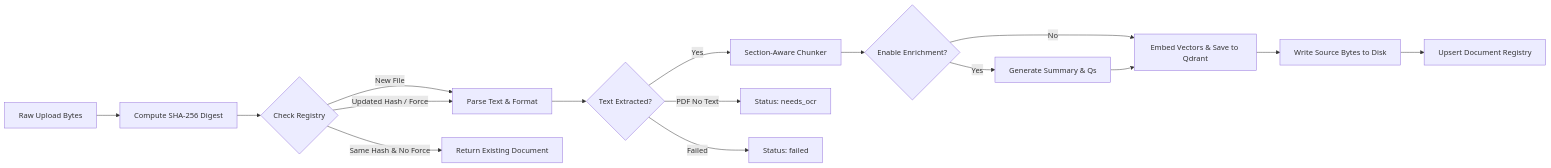
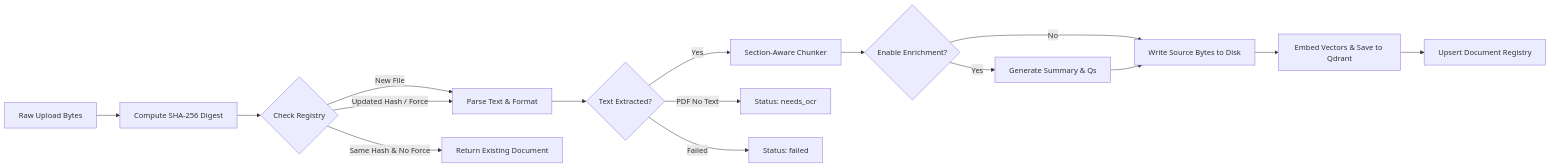
One commit to tunganhnguyen0210/Company-knowledge-RAG changed the diagram in docs/architectures/02-document-loading-and-ingestion.md. Above: the diagram before and after it, drawn with Mermaid. The commit also changed other lines of this file and 24 other files, not shown here.

````diff
--- a/docs/architectures/02-document-loading-and-ingestion.md
+++ b/docs/architectures/02-document-loading-and-ingestion.md
@@ -15,21 +15,21 @@
 ```mermaid
 flowchart LR
     File[Raw Upload Bytes] --> Hash[Compute SHA-256 Digest]
     Hash --> RegistryCheck{Check Registry}
     RegistryCheck -->|New File| Parse[Parse Text & Format]
     RegistryCheck -->|Same Hash & No Force| Skip[Return Existing Document]
     RegistryCheck -->|Updated Hash / Force| Parse
 
     Parse --> StatusCheck{Text Extracted?}
     StatusCheck -->|Yes| Chunk[Section-Aware Chunker]
     StatusCheck -->|PDF No Text| OCR[Status: needs_ocr]
     StatusCheck -->|Failed| Fail[Status: failed]
 
     Chunk --> Enrich{Enable Enrichment?}
     Enrich -->|Yes| LLMEnrich[Generate Summary & Qs]
-    Enrich -->|No| Store
-    LLMEnrich --> Store[Embed Vectors & Save to Qdrant]
+    Enrich -->|No| WriteDisk[Write Source Bytes to Disk]
+    LLMEnrich --> WriteDisk
+    WriteDisk --> Store[Embed Vectors & Save to Qdrant]
 
-    Store --> WriteDisk[Write Source Bytes to Disk]
-    WriteDisk --> SaveReg[Upsert Document Registry]
+    Store --> SaveReg[Upsert Document Registry]
 ```
````
